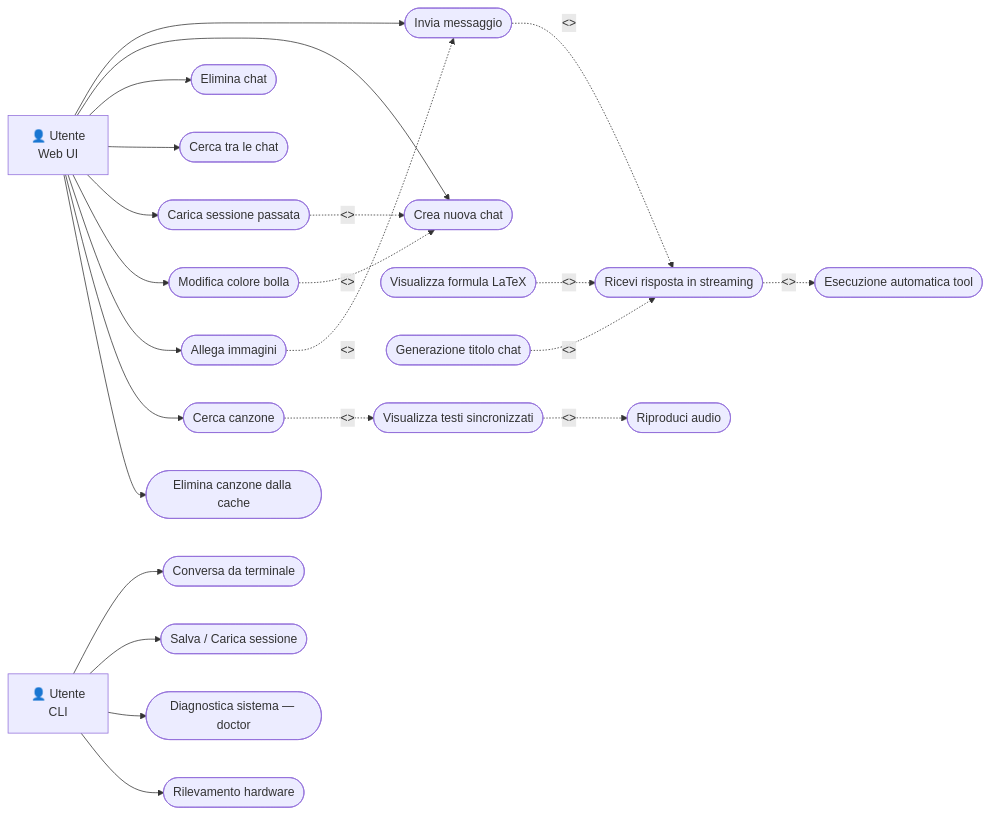
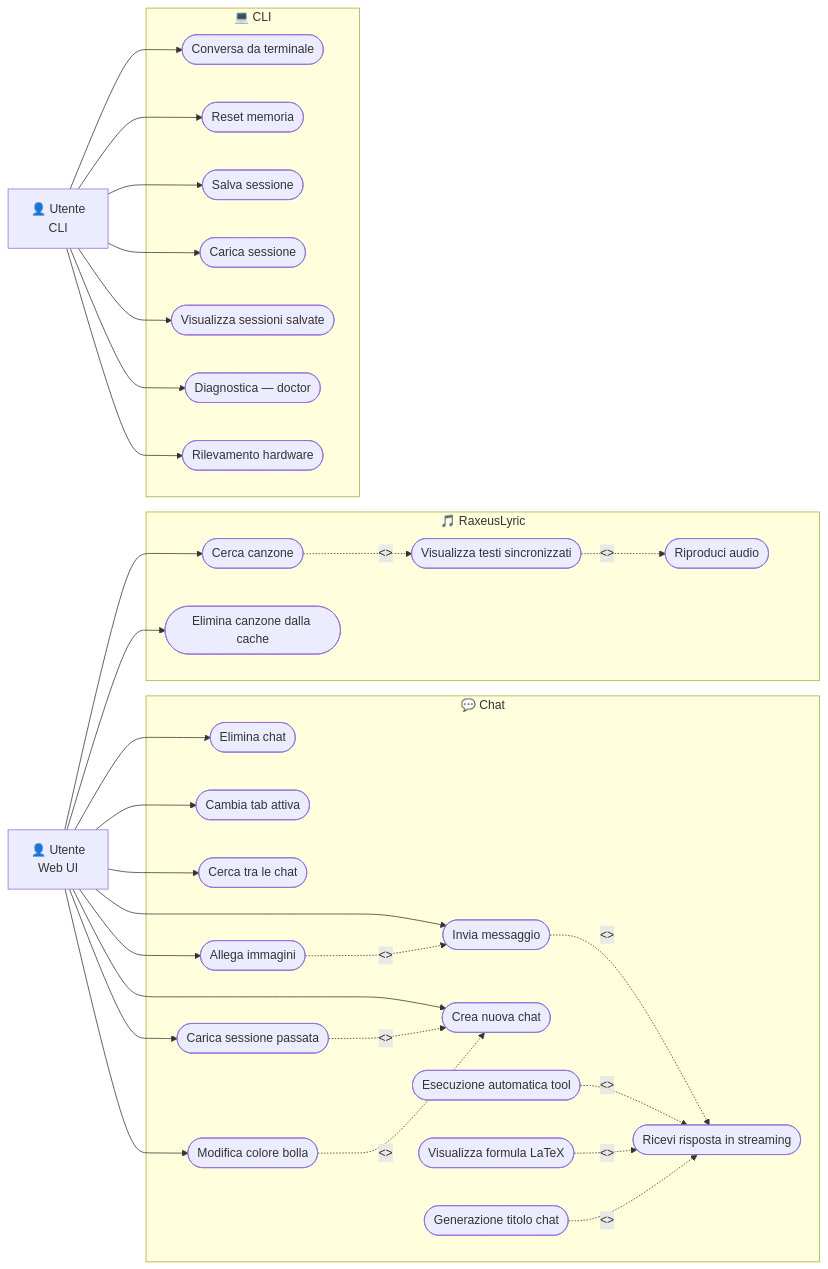
One commit to AlbertoBruscoliniMain/RaxeusAI changed the first of 4 diagrams in REQUISITI_PROGETTO.md. Above: the diagram before and after it, drawn with Mermaid. The commit also changed other lines of this file, not shown here.

Commit message:
Requisiti: rivisione completa sez. 6 — casi d'uso, descrizioni e diagramma con include/extend

````diff
--- a/REQUISITI_PROGETTO.md
+++ b/REQUISITI_PROGETTO.md
@@ -208,55 +217,72 @@
 ```mermaid
 graph LR
-    %% ── ATTORI ────────────────────────────────────────
+    %% ── ATTORI ──────────────────────────────────────────
     U1["👤 Utente\nWeb UI"]
     U2["👤 Utente\nCLI"]
 
-    %% ── CASI D'USO — Web UI ───────────────────────────
-    a(["Invia messaggio"])
-    b(["Crea nuova chat"])
-    c(["Elimina chat"])
-    d(["Cerca tra le chat"])
-    e(["Carica sessione passata"])
-    f(["Modifica colore bolla"])
-    g(["Allega immagini"])
-    h(["Cerca canzone"])
-    i(["Elimina canzone dalla cache"])
+    subgraph CHAT["💬 Chat"]
+        a(["Invia messaggio"])
+        b(["Crea nuova chat"])
+        c(["Elimina chat"])
+        d(["Cambia tab attiva"])
+        srch(["Cerca tra le chat"])
+        e(["Carica sessione passata"])
+        f(["Modifica colore bolla"])
+        g(["Allega immagini"])
+        r(["Ricevi risposta in streaming"])
+        t(["Esecuzione automatica tool"])
+        lx(["Visualizza formula LaTeX"])
+        ti(["Generazione titolo chat"])
+    end
 
-    %% inclusi / estesi
-    r(["Ricevi risposta in streaming"])
-    t(["Esecuzione automatica tool"])
-    lx(["Visualizza formula LaTeX"])
-    ti(["Generazione titolo chat"])
-    s(["Visualizza testi sincronizzati"])
-    p(["Riproduci audio"])
+    subgraph LYRIC["🎵 RaxeusLyric"]
+        h(["Cerca canzone"])
+        i(["Elimina canzone dalla cache"])
+        s(["Visualizza testi sincronizzati"])
+        p(["Riproduci audio"])
+    end
 
-    %% Attore → casi d'uso diretti
+    subgraph CLI["💻 CLI"]
+        j(["Conversa da terminale"])
+        rst(["Reset memoria"])
+        sv(["Salva sessione"])
+        ld(["Carica sessione"])
+        lst(["Visualizza sessioni salvate"])
+        doc(["Diagnostica — doctor"])
+        hw(["Rilevamento hardware"])
+    end
+
+    %% Attore → Web UI diretti
     U1 --> a
     U1 --> b
     U1 --> c
     U1 --> d
+    U1 --> srch
     U1 --> e
     U1 --> f
     U1 --> g
     U1 --> h
     U1 --> i
 
+    %% Attore → CLI diretti
+    U2 --> j
+    U2 --> rst
+    U2 --> sv
+    U2 --> ld
+    U2 --> lst
+    U2 --> doc
+    U2 --> hw
+
     %% relazioni <<include>>
     a -.->|"<<include>>"| r
-    r -.->|"<<include>>"| t
     h -.->|"<<include>>"| s
     s -.->|"<<include>>"| p
 
     %% relazioni <<extend>>
     g -.->|"<<extend>>"| a
+    t -.->|"<<extend>>"| r
     lx -.->|"<<extend>>"| r
     ti -.->|"<<extend>>"| r
     e -.->|"<<extend>>"| b
     f -.->|"<<extend>>"| b
-
-    %% ── CASI D'USO — CLI ──────────────────────────────
-    U2 --> j(["Conversa da terminale"])
-    U2 --> k(["Salva / Carica sessione"])
-    U2 --> l(["Diagnostica sistema — doctor"])
-    U2 --> m(["Rilevamento hardware"])
 ```
````
